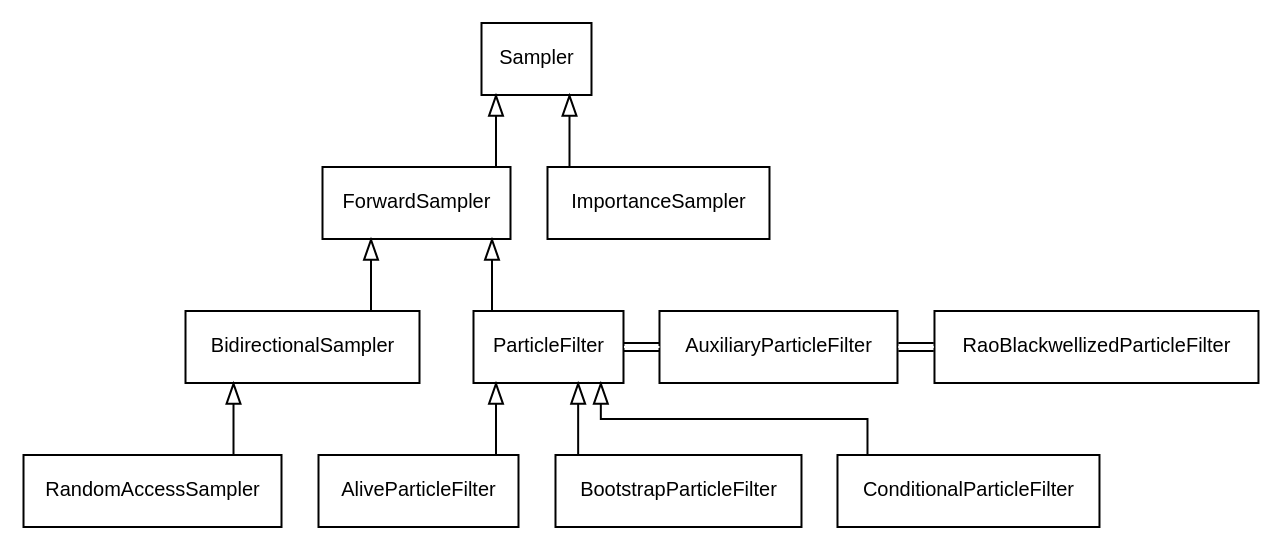
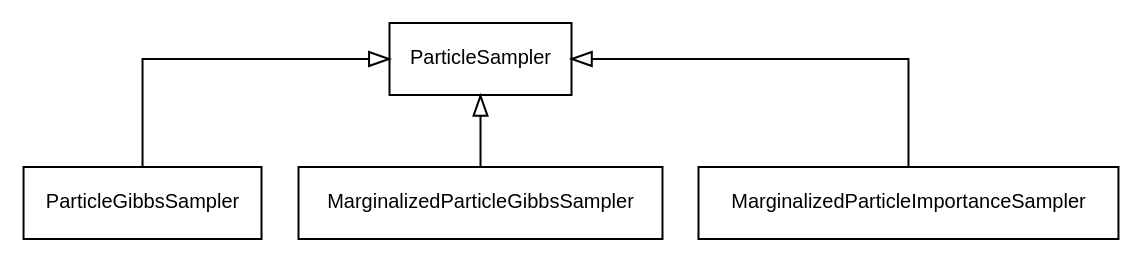
One commit to lawmurray/Birch changed the diagram in docs/figs/Sampler.dot. Above: the diagram before and after it, drawn with Graphviz. The commit also changed 17 other files, not shown here.

Commit message:
Updated class diagrams for docs.

```diff
--- a/docs/figs/Sampler.dot
+++ b/docs/figs/Sampler.dot
@@ -1,36 +1,16 @@
 digraph {
   splines=ortho
   concentrate=true
   rankdir=BT
   node [shape=box,fontname=Helvetica,fontsize=10,margin="0.1,0.01"]
   edge [arrowhead=empty]
 
-  Sampler [href="../classes/Sampler/",target="_top"]
-  ForwardSampler [href="../classes/ForwardSampler/",target="_top"]
-  BidirectionalSampler [href="../classes/BidirectionalSampler/",target="_top"]
-  RandomAccessSampler [href="../classes/RandomAccessSampler/",target="_top"]
+  ParticleSampler [href="../classes/ParticleSampler/",target="_top"]
+  ParticleGibbsSampler [href="../classes/ParticleGibbsSampler/",target="_top"]
+  MarginalizedParticleGibbsSampler [href="../classes/MarginalizedParticleGibbsSampler/",target="_top"]
+  MarginalizedParticleImportanceSampler [href="../classes/MarginalizedParticleImportanceSampler/",target="_top"]
 
-  ImportanceSampler [href="../classes/ImportanceSampler/",target="_top"]
-  ParticleFilter [href="../classes/ParticleFilter/",target="_top"]
-  AuxiliaryParticleFilter [href="../classes/AuxiliaryParticleFilter/",target="_top"]
-  RaoBlackwellizedParticleFilter [href="../classes/RaoBlackwellizedParticleFilter/",target="_top"]
-
-  AliveParticleFilter [href="../classes/AliveParticleFilter/",target="_top"]
-  BootstrapParticleFilter [href="../classes/BootstrapParticleFilter/",target="_top"]
-  ConditionalParticleFilter [href="../classes/ConditionalParticleFilter/",target="_top"]
-
-  ForwardSampler -> Sampler
-  BidirectionalSampler -> ForwardSampler
-  RandomAccessSampler -> BidirectionalSampler
-
-  ImportanceSampler -> Sampler
-  ParticleFilter -> ForwardSampler
-  BootstrapParticleFilter -> ParticleFilter
-  AliveParticleFilter -> ParticleFilter
-  ConditionalParticleFilter -> ParticleFilter
-
-  edge [arrowhead=none,color="black:white:black"]
-  AuxiliaryParticleFilter -> ParticleFilter [constraint=false]
-  RaoBlackwellizedParticleFilter -> AuxiliaryParticleFilter  [constraint=false]
-  {rank=same; AuxiliaryParticleFilter; RaoBlackwellizedParticleFilter; ParticleFilter}
+  ParticleGibbsSampler -> ParticleSampler
+  MarginalizedParticleGibbsSampler -> ParticleSampler
+  MarginalizedParticleImportanceSampler -> ParticleSampler
 }
```
